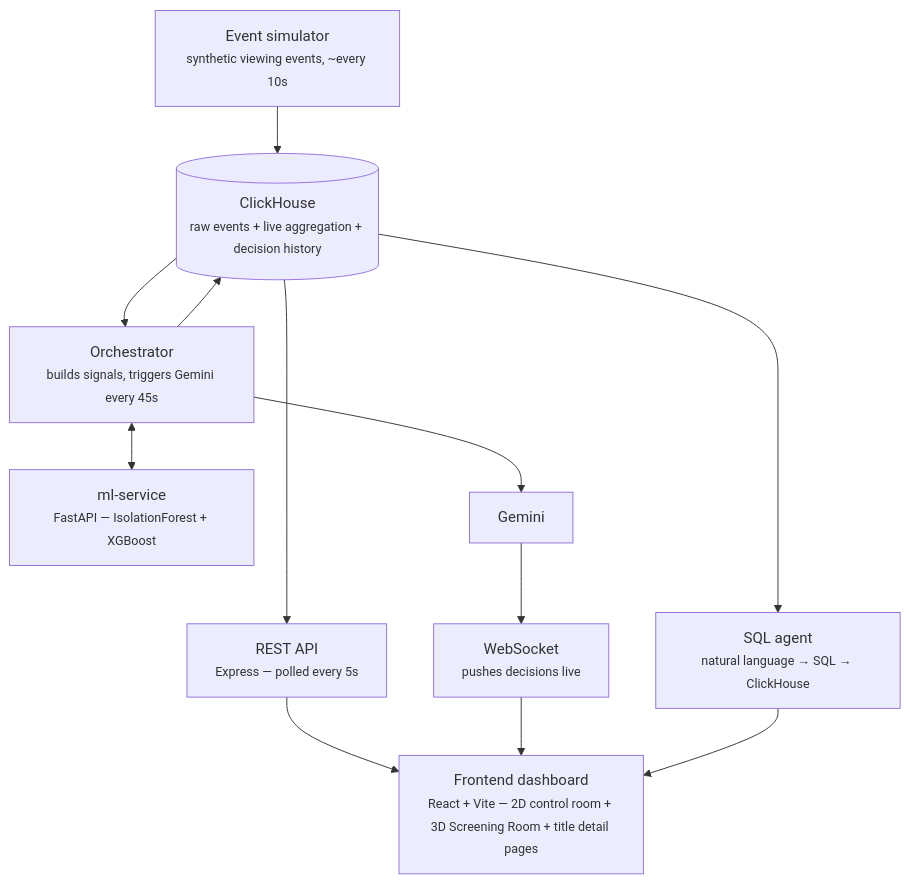
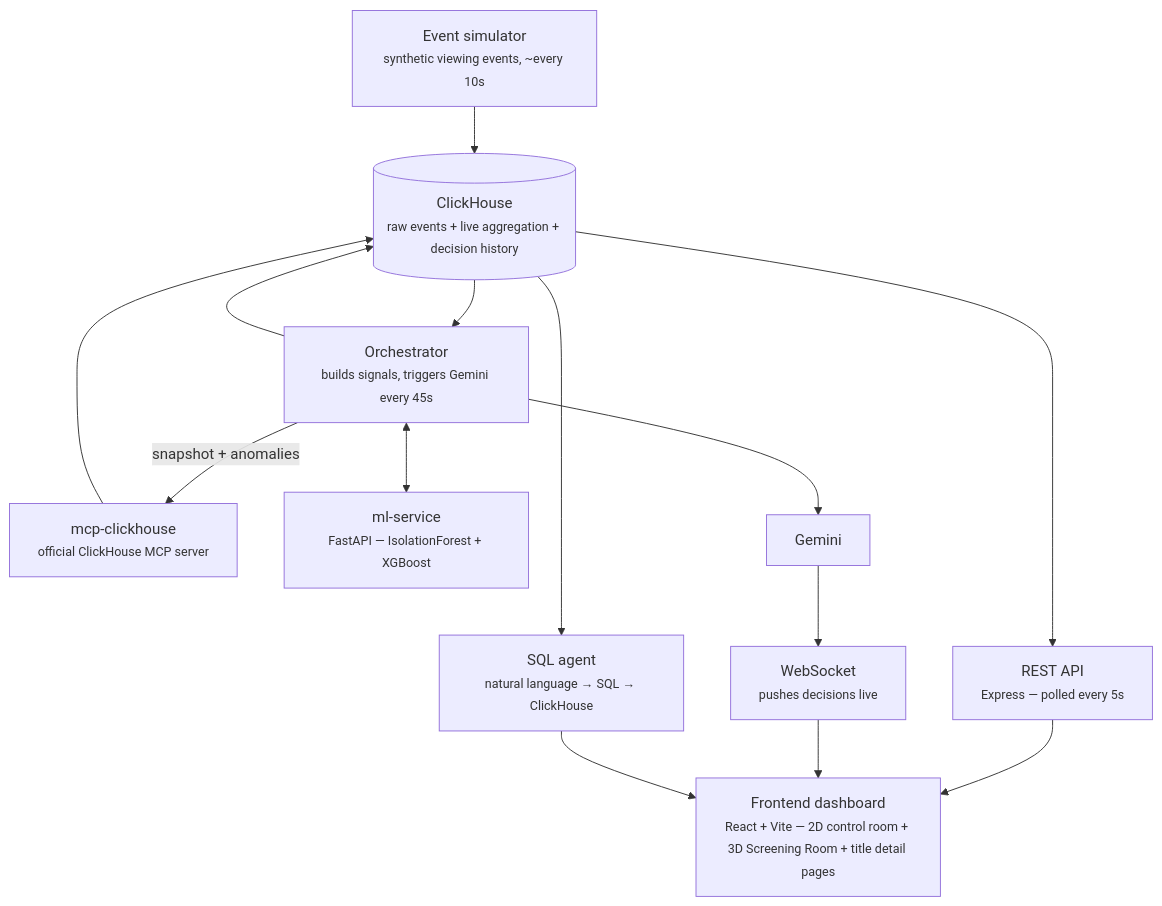
One commit to femi-cloud/Aurora changed the diagram in README.md. Above: the diagram before and after it, drawn with Mermaid. The commit also changed other lines of this file, not shown here.

````diff
--- a/README.md
+++ b/README.md
@@ -39,20 +39,22 @@
 ```mermaid
 flowchart TD
     SIM["Event simulator<br/><small>synthetic viewing events, ~every 10s</small>"]
     CH[("ClickHouse<br/><small>raw events + live aggregation + decision history</small>")]
+    MCP["mcp-clickhouse<br/><small>official ClickHouse MCP server</small>"]
     API["REST API<br/><small>Express — polled every 5s</small>"]
     ORCH["Orchestrator<br/><small>builds signals, triggers Gemini every 45s</small>"]
     SQL["SQL agent<br/><small>natural language → SQL → ClickHouse</small>"]
     ML["ml-service<br/><small>FastAPI — IsolationForest + XGBoost</small>"]
     GEMINI["Gemini"]
     WS["WebSocket<br/><small>pushes decisions live</small>"]
     FE["Frontend dashboard<br/><small>React + Vite — 2D control room + 3D Screening Room + title detail pages</small>"]
 
     SIM --> CH
     CH --> API --> FE
+    ORCH -->|"snapshot + anomalies"| MCP --> CH
     CH --> ORCH
     ORCH <--> ML
     ORCH --> GEMINI --> WS --> FE
     ORCH --> CH
     CH --> SQL --> FE
 ```
````
